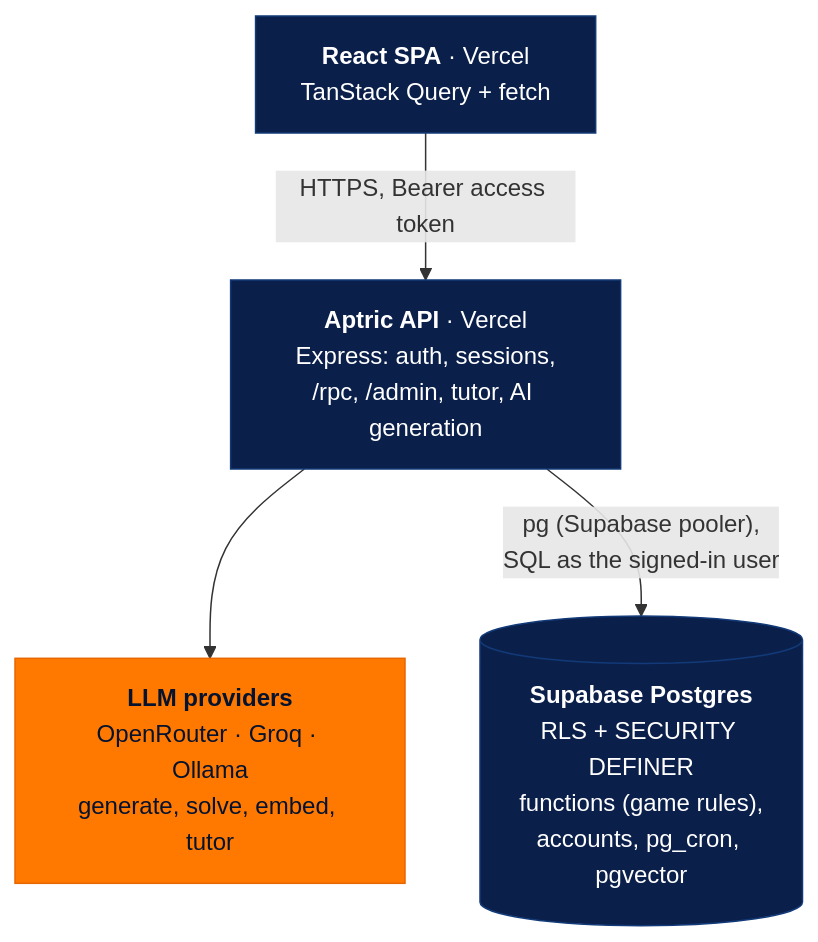
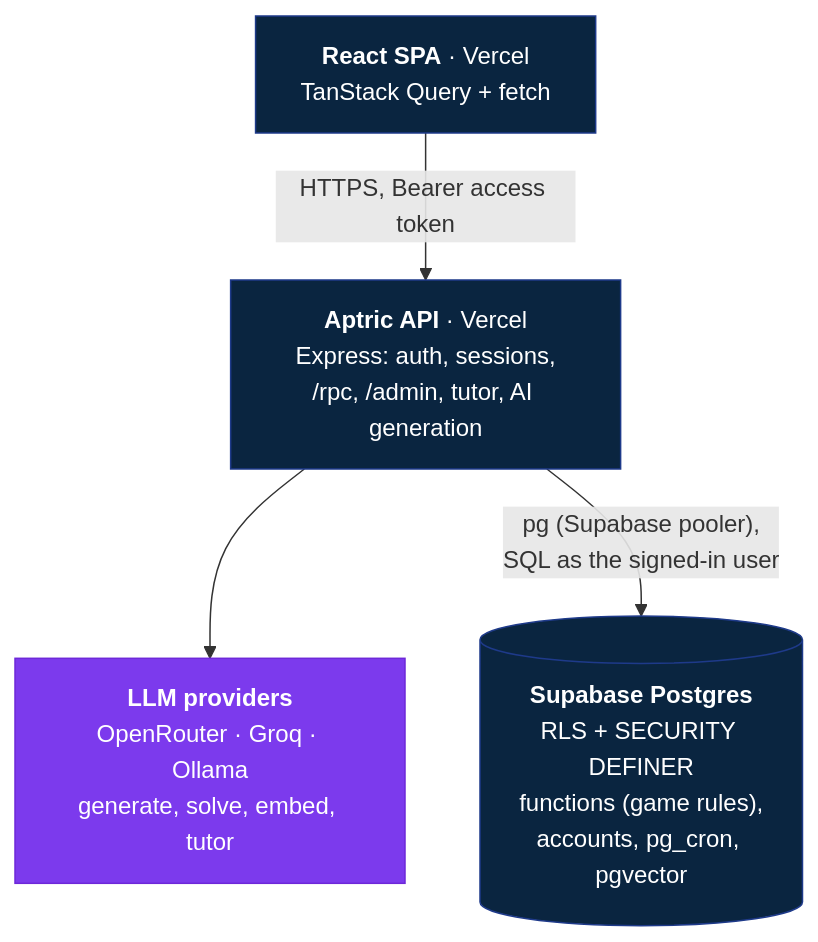
Before and after one commit to Rakesh-Bhandari/Aptric: the diagram in README.md, drawn with Mermaid. The commit also changed other lines of this file and 22 other files, not shown here.

````diff
--- a/README.md
+++ b/README.md
@@ -216,16 +216,16 @@
 ```mermaid
 flowchart TB
     SPA["<b>React SPA</b> · Vercel<br/>TanStack Query + fetch"]
     API["<b>Aptric API</b> · Vercel<br/>Express: auth, sessions,<br/>/rpc, /admin, tutor, AI generation"]
     AI["<b>LLM providers</b><br/>OpenRouter · Groq · Ollama<br/>generate, solve, embed, tutor"]
     DB[("<b>Supabase Postgres</b><br/>RLS + SECURITY DEFINER<br/>functions (game rules),<br/>accounts, pg_cron, pgvector")]
 
     SPA -- "HTTPS, Bearer access token" --> API
     API --> AI
     API -- "pg (Supabase pooler),<br/>SQL as the signed-in user" --> DB
 
-    classDef navy fill:#0B1F4B,stroke:#123A78,color:#FFFFFF
-    classDef orange fill:#FF7800,stroke:#E86600,color:#06132F
+    classDef navy fill:#0A2540,stroke:#1E3A8A,color:#FFFFFF
+    classDef violet fill:#7C3AED,stroke:#6D28D9,color:#FFFFFF
     class SPA,API,DB navy
-    class AI orange
+    class AI violet
 ```
````
